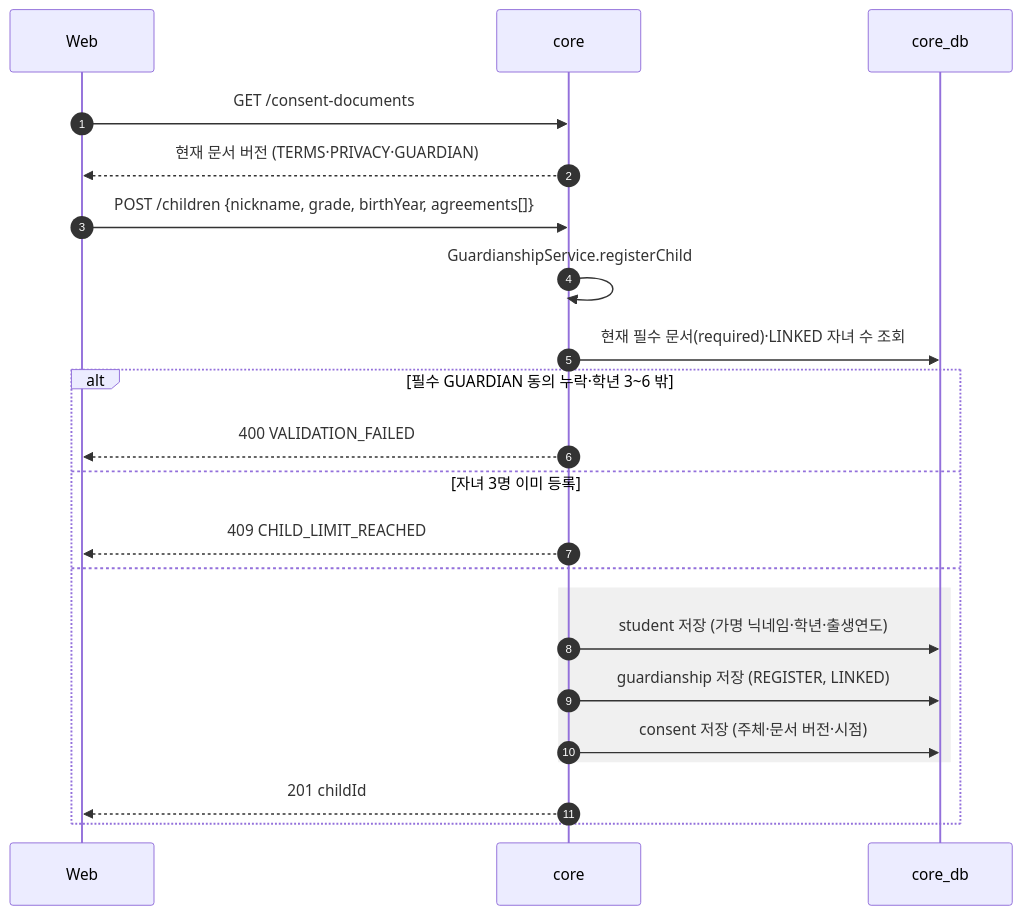
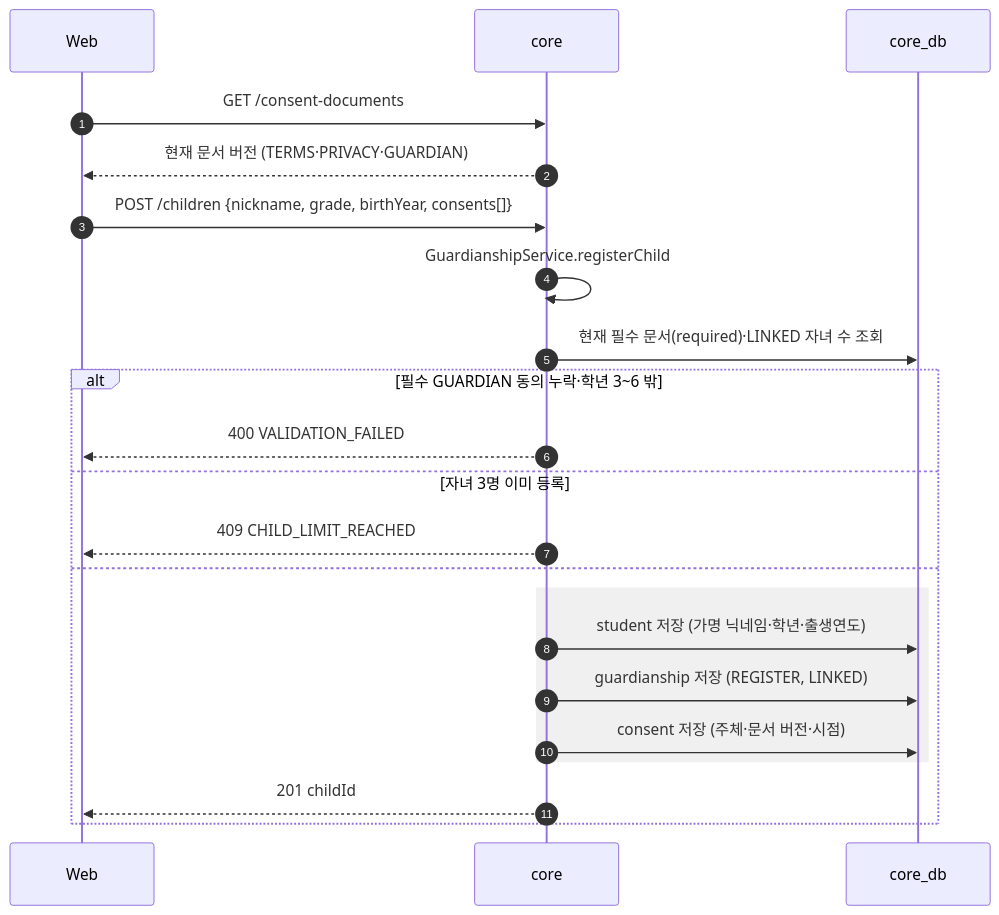
Before and after one commit to SKNETWORKS-FAMILY-AICAMP/SKN34-FINAL-3TEAM: the second of 21 diagrams in docs/design/sequence-diagram.md, drawn with Mermaid. The commit also changed other lines of this file and 9 other files, not shown here.

````diff
--- a/docs/design/sequence-diagram.md
+++ b/docs/design/sequence-diagram.md
@@ -55,25 +77,25 @@
 ```mermaid
 sequenceDiagram
   autonumber
   participant W as Web
   participant C as core
   participant DB as core_db
 
   W->>C: GET /consent-documents
   C-->>W: 현재 문서 버전 (TERMS·PRIVACY·GUARDIAN)
-  W->>C: POST /children {nickname, grade, birthYear, agreements[]}
+  W->>C: POST /children {nickname, grade, birthYear, consents[]}
   C->>C: GuardianshipService.registerChild
   C->>DB: 현재 필수 문서(required)·LINKED 자녀 수 조회
   alt 필수 GUARDIAN 동의 누락·학년 3~6 밖
     C-->>W: 400 VALIDATION_FAILED
   else 자녀 3명 이미 등록
     C-->>W: 409 CHILD_LIMIT_REACHED
   else
     rect rgba(128,128,128,0.12)
       C->>DB: student 저장 (가명 닉네임·학년·출생연도)
       C->>DB: guardianship 저장 (REGISTER, LINKED)
       C->>DB: consent 저장 (주체·문서 버전·시점)
     end
     C-->>W: 201 childId
   end
 ```
````
